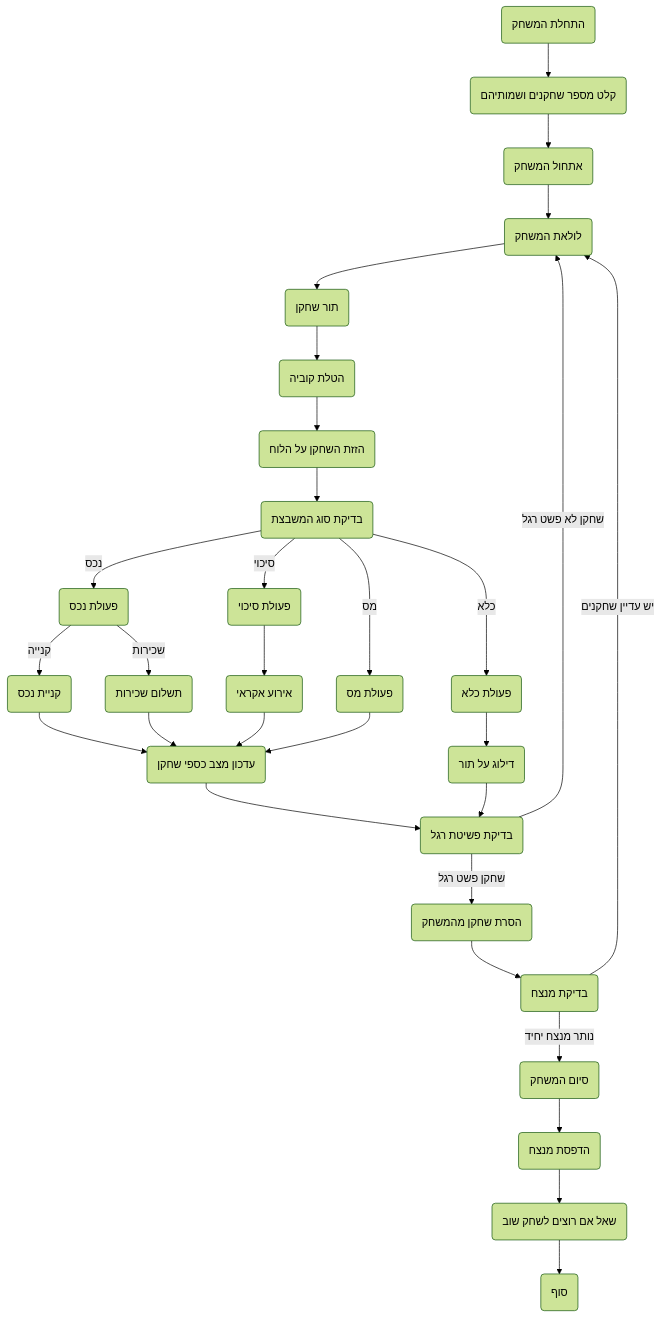
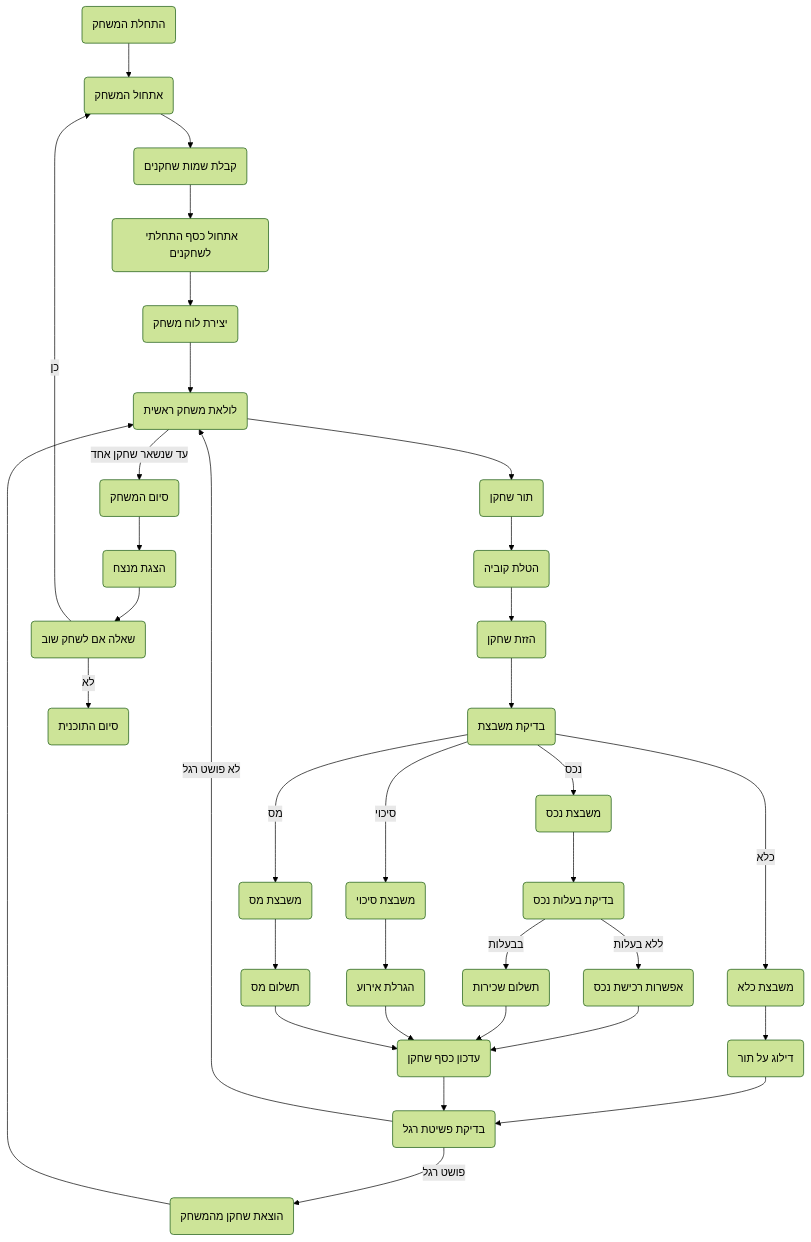
The diagram in docs/gemini/he/explainer/src/endpoints/ai_games/101_basic_computer_games/ru/rules/62_mnoply.ru.md.md (hypo69/hypo), drawn with Mermaid (forest theme) before and after one commit. The commit also changed other lines of this file and 885 other files, not shown here.

````diff
--- a/docs/gemini/he/explainer/src/endpoints/ai_games/101_basic_computer_games/ru/rules/62_mnoply.ru.md.md
+++ b/docs/gemini/he/explainer/src/endpoints/ai_games/101_basic_computer_games/ru/rules/62_mnoply.ru.md.md
@@ -52,43 +59,36 @@
 ```mermaid
 flowchart TD
-    Start(התחלת המשחק) --> InputPlayers(קלט מספר שחקנים ושמותיהם)
-    InputPlayers --> InitializeGame(אתחול המשחק)
-    InitializeGame --> GameLoop(לולאת המשחק)
-    GameLoop --> PlayerTurn(תור שחקן)
-    PlayerTurn --> RollDice(הטלת קוביה)
-    RollDice --> MovePlayer(הזזת השחקן על הלוח)
-    MovePlayer --> CheckCellType(בדיקת סוג המשבצת)
-    CheckCellType -- נכס --> PropertyAction(פעולת נכס)
-    CheckCellType -- סיכוי --> ChanceAction(פעולת סיכוי)
-    CheckCellType -- מס --> TaxAction(פעולת מס)
-     CheckCellType -- כלא --> JailAction(פעולת כלא)
-
-    PropertyAction -- קנייה --> BuyProperty(קניית נכס)
-    PropertyAction -- שכירות --> PayRent(תשלום שכירות)
-
-     BuyProperty -->  UpdatePlayerMoney(עדכון מצב כספי שחקן)
-     PayRent -->  UpdatePlayerMoney
-
-    ChanceAction --> RandomEvent(אירוע אקראי)
-    RandomEvent -->  UpdatePlayerMoney
-
-    TaxAction -->  UpdatePlayerMoney
-
-    JailAction --> SkipTurn(דילוג על תור)
-
-    UpdatePlayerMoney --> CheckBankrupt(בדיקת פשיטת רגל)
-     SkipTurn  --> CheckBankrupt
-    CheckBankrupt -- שחקן פשט רגל --> RemovePlayer(הסרת שחקן מהמשחק)
-     CheckBankrupt -- שחקן לא פשט רגל --> GameLoop
-    RemovePlayer --> CheckWinner(בדיקת מנצח)
-
-    CheckWinner -- נותר מנצח יחיד --> EndGame(סיום המשחק)
-    CheckWinner -- יש עדיין שחקנים -->  GameLoop
-
-
-    EndGame --> PrintWinner(הדפסת מנצח)
-    PrintWinner --> PlayAgain(שאל אם רוצים לשחק שוב)
-    PlayAgain --> End(סוף)
-
-
+    Start(התחלת המשחק) --> Init(אתחול המשחק);
+    Init --> InputPlayers(קבלת שמות שחקנים);
+    InputPlayers --> InitMoney(אתחול כסף התחלתי לשחקנים);
+    InitMoney --> CreateBoard(יצירת לוח משחק);
+    CreateBoard --> GameLoop(לולאת משחק ראשית);
+    GameLoop -- עד שנשאר שחקן אחד --> EndGame(סיום המשחק);
+    GameLoop --> PlayerTurn(תור שחקן);
+    PlayerTurn --> RollDice(הטלת קוביה);
+    RollDice --> MovePlayer(הזזת שחקן);
+    MovePlayer --> CheckTile(בדיקת משבצת);
+    CheckTile -- נכס --> PropertyTile(משבצת נכס);
+    CheckTile -- סיכוי --> ChanceTile(משבצת סיכוי);
+     CheckTile -- מס --> TaxTile(משבצת מס);
+      CheckTile -- כלא --> JailTile(משבצת כלא);
+    PropertyTile --> CheckPropertyOwnership(בדיקת בעלות נכס);
+    CheckPropertyOwnership -- ללא בעלות --> BuyProperty(אפשרות רכישת נכס);
+    BuyProperty --> UpdatePlayerMoney(עדכון כסף שחקן);
+    CheckPropertyOwnership -- בבעלות --> PayRent(תשלום שכירות);
+    PayRent --> UpdatePlayerMoney;
+    ChanceTile --> DrawEvent(הגרלת אירוע);
+    DrawEvent --> UpdatePlayerMoney;
+    TaxTile --> PayTax(תשלום מס);
+      JailTile --> SkipTurn(דילוג על תור);
+    PayTax --> UpdatePlayerMoney;
+        SkipTurn --> CheckBankrupt(בדיקת פשיטת רגל);
+    UpdatePlayerMoney --> CheckBankrupt(בדיקת פשיטת רגל);
+    CheckBankrupt -- פושט רגל --> RemovePlayer(הוצאת שחקן מהמשחק);
+       CheckBankrupt -- לא פושט רגל --> GameLoop;
+    RemovePlayer --> GameLoop;
+    EndGame --> DisplayWinner(הצגת מנצח);
+    DisplayWinner --> PlayAgain(שאלה אם לשחק שוב);
+    PlayAgain -- כן --> Init;
+      PlayAgain -- לא --> Exit(סיום התוכנית);
 ```
````
